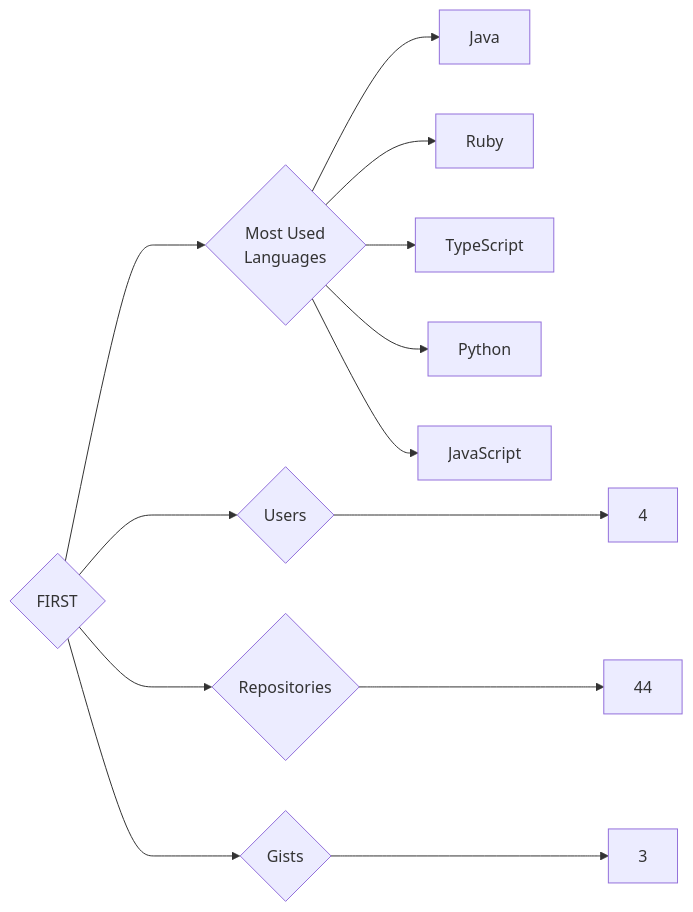
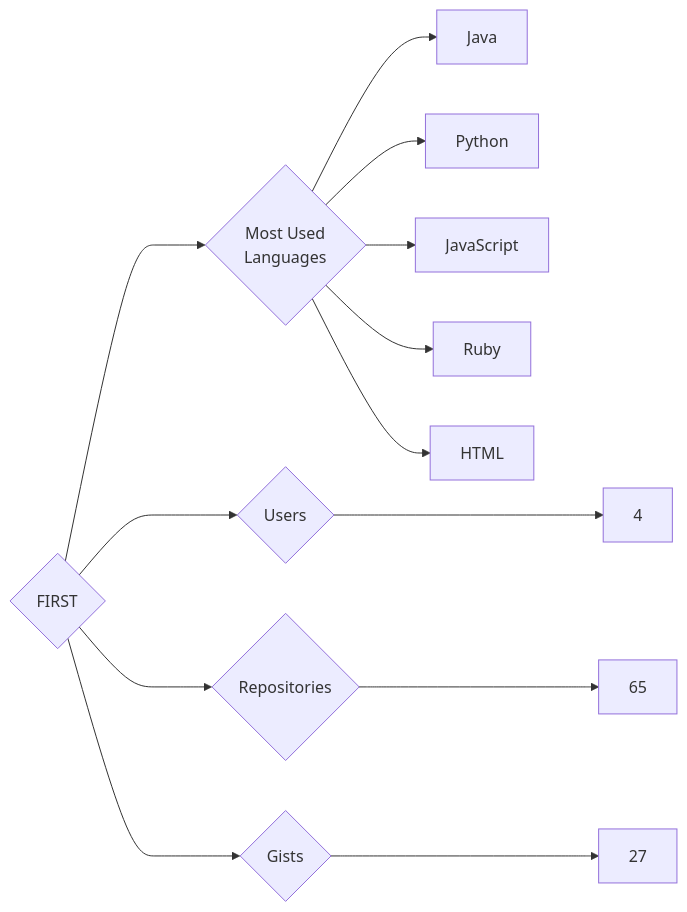
The diagram in targets/FIRST/README.md (trickest/insiders), drawn with Mermaid before and after one commit. The commit also changed 1166 other files, not shown here.

````diff
--- a/targets/FIRST/README.md
+++ b/targets/FIRST/README.md
@@ -3,13 +3,13 @@
 ```mermaid
 graph LR
 COMPANY_NAME{FIRST}
 COMPANY_NAME ---> U{Users} ---> UN[4]
-COMPANY_NAME ---> R{Repositories} ---> RN[44]
-COMPANY_NAME ---> G{Gists} ---> GN[3]
+COMPANY_NAME ---> R{Repositories} ---> RN[65]
+COMPANY_NAME ---> G{Gists} ---> GN[27]
 COMPANY_NAME ---> ML{Most Used<br>Languages}
 ML --> Java[Java]
-ML --> Ruby[Ruby]
-ML --> TypeScript[TypeScript]
 ML --> Python[Python]
 ML --> JavaScript[JavaScript]
+ML --> Ruby[Ruby]
+ML --> HTML[HTML]
 ```
````
